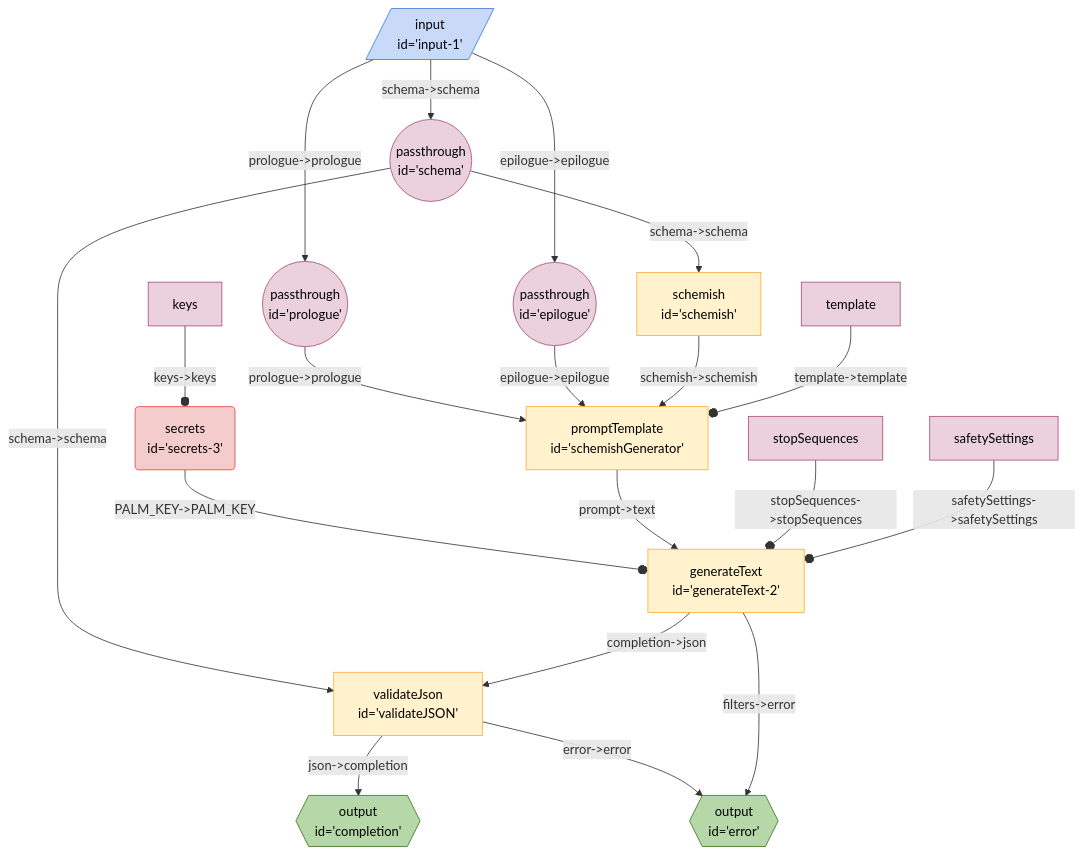
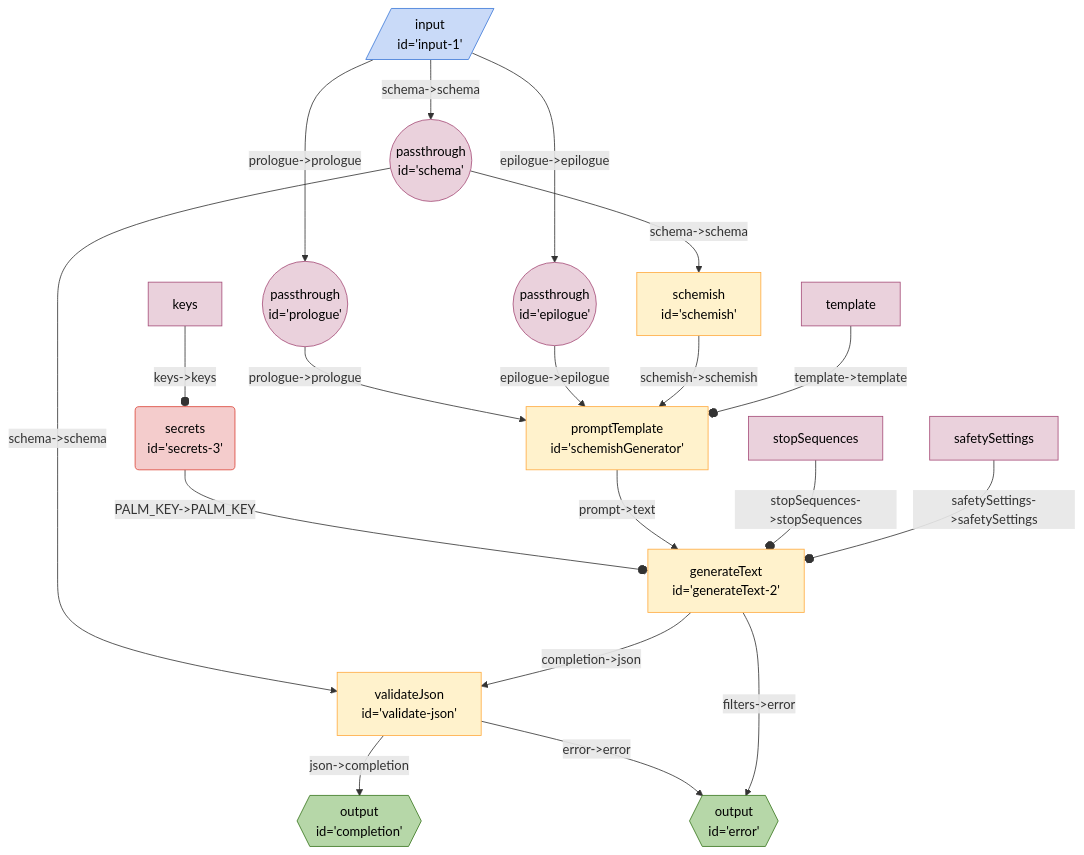
The diagram in seeds/coffee-bot-board/docs/schemish-generator.md (breadboard-ai/breadboard), drawn with Mermaid before and after one commit. The commit also changed 9 other files, not shown here.

````diff
--- a/seeds/coffee-bot-board/docs/schemish-generator.md
+++ b/seeds/coffee-bot-board/docs/schemish-generator.md
@@ -3,30 +3,30 @@
 ```mermaid
 %%{init: 'themeVariables': { 'fontFamily': 'Fira Code, monospace' }}%%
 graph TD;
 input1[/"input <br> id='input-1'"/]:::input -- "prologue->prologue" --> prologue(("passthrough <br> id='prologue'")):::passthrough
 input1[/"input <br> id='input-1'"/]:::input -- "epilogue->epilogue" --> epilogue(("passthrough <br> id='epilogue'")):::passthrough
 input1[/"input <br> id='input-1'"/]:::input -- "schema->schema" --> schema(("passthrough <br> id='schema'")):::passthrough
 schema(("passthrough <br> id='schema'")):::passthrough -- "schema->schema" --> schemish["schemish <br> id='schemish'"]
-validateJSON["validateJson <br> id='validateJSON'"] -- "json->completion" --> completion{{"output <br> id='completion'"}}:::output
-validateJSON["validateJson <br> id='validateJSON'"] -- "error->error" --> error{{"output <br> id='error'"}}:::output
-schema(("passthrough <br> id='schema'")):::passthrough -- "schema->schema" --> validateJSON["validateJson <br> id='validateJSON'"]
+validatejson["validateJson <br> id='validate-json'"] -- "json->completion" --> completion{{"output <br> id='completion'"}}:::output
+validatejson["validateJson <br> id='validate-json'"] -- "error->error" --> error{{"output <br> id='error'"}}:::output
+schema(("passthrough <br> id='schema'")):::passthrough -- "schema->schema" --> validatejson["validateJson <br> id='validate-json'"]
 secrets3("secrets <br> id='secrets-3'"):::secrets -- "PALM_KEY->PALM_KEY" --o generateText2["generateText <br> id='generateText-2'"]
-generateText2["generateText <br> id='generateText-2'"] -- "completion->json" --> validateJSON["validateJson <br> id='validateJSON'"]
+generateText2["generateText <br> id='generateText-2'"] -- "completion->json" --> validatejson["validateJson <br> id='validate-json'"]
 generateText2["generateText <br> id='generateText-2'"] -- "filters->error" --> error{{"output <br> id='error'"}}:::output
 prologue(("passthrough <br> id='prologue'")):::passthrough -- "prologue->prologue" --> schemishGenerator["promptTemplate <br> id='schemishGenerator'"]
 epilogue(("passthrough <br> id='epilogue'")):::passthrough -- "epilogue->epilogue" --> schemishGenerator["promptTemplate <br> id='schemishGenerator'"]
 schemish["schemish <br> id='schemish'"] -- "schemish->schemish" --> schemishGenerator["promptTemplate <br> id='schemishGenerator'"]
 schemishGenerator["promptTemplate <br> id='schemishGenerator'"] -- "prompt->text" --> generateText2["generateText <br> id='generateText-2'"]
 stopSequencesgenerateText2[stopSequences]:::config -- "stopSequences->stopSequences" --o generateText2
 safetySettingsgenerateText2[safetySettings]:::config -- "safetySettings->safetySettings" --o generateText2
 keyssecrets3[keys]:::config -- "keys->keys" --o secrets3
 templateschemishGenerator[template]:::config -- "template->template" --o schemishGenerator
 classDef default stroke:#ffab40,fill:#fff2ccff,color:#000
 classDef input stroke:#3c78d8,fill:#c9daf8ff,color:#000
 classDef output stroke:#38761d,fill:#b6d7a8ff,color:#000
 classDef passthrough stroke:#a64d79,fill:#ead1dcff,color:#000
 classDef slot stroke:#a64d79,fill:#ead1dcff,color:#000
 classDef config stroke:#a64d79,fill:#ead1dcff,color:#000
 classDef secrets stroke:#db4437,fill:#f4cccc,color:#000
 classDef slotted stroke:#a64d79
 ```
````
